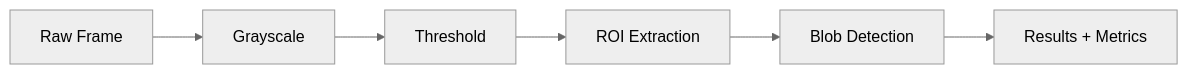
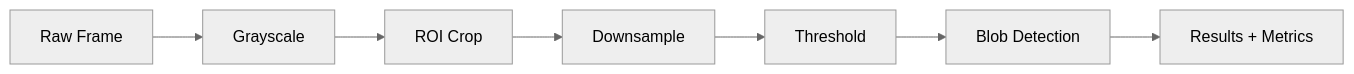
The second of 4 diagrams in docs/architecture.md (CahillMeyer/ccm-esp32-vision-node), drawn with Mermaid (neutral theme) before and after one commit. The commit also changed other lines of this file and 3 other files, not shown here.

First line of the commit message:
docs: Update architecture and status for v0.2.1 release

````diff
--- a/docs/architecture.md
+++ b/docs/architecture.md
@@ -96,8 +95,9 @@
 ```mermaid
 flowchart LR
     FB[Raw Frame] --> GS[Grayscale]
-    GS --> TH[Threshold]
-    TH --> ROI[ROI Extraction]
-    ROI --> BL[Blob Detection]
+    GS --> ROI[ROI Crop]
+    ROI --> DS[Downsample]
+    DS --> TH[Threshold]
+    TH --> BL[Blob Detection]
     BL --> OUT[Results + Metrics]
 ```
````
